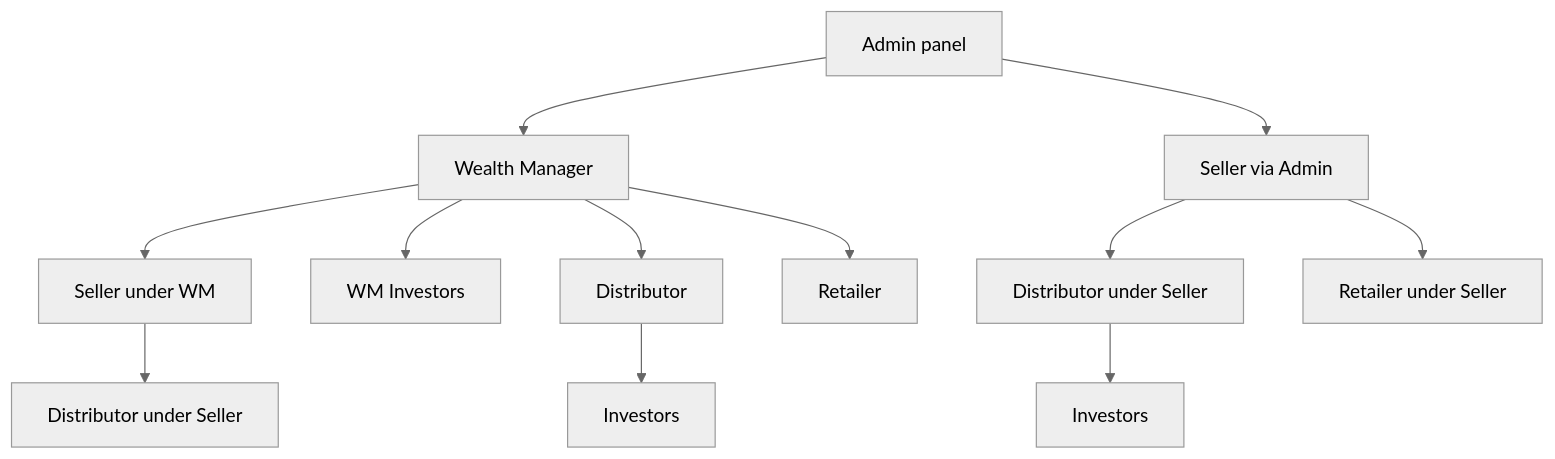
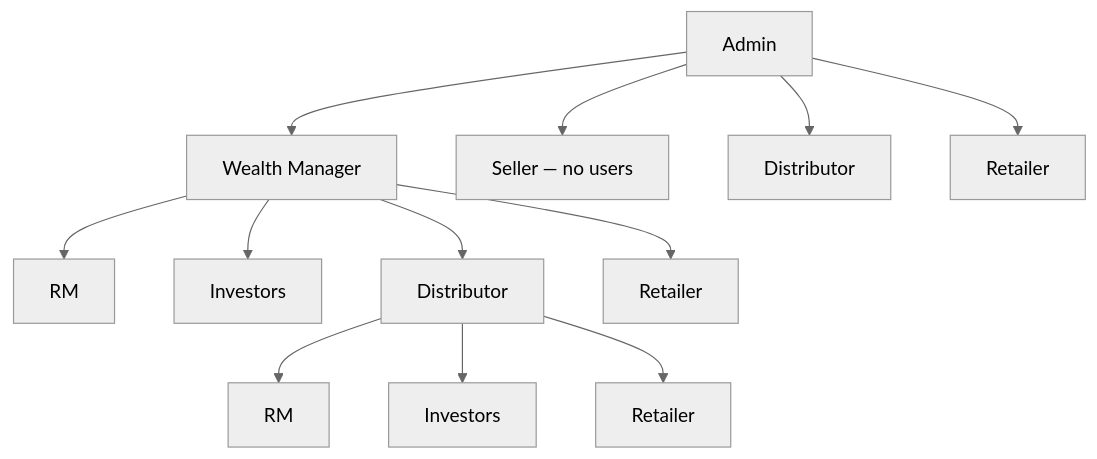
Before and after one commit to kavadevelopers/PrivateDealsBackend: the diagram in docs/new-system/actors/README.md, drawn with Mermaid (neutral theme). The commit also changed other lines of this file and 9 other files, not shown here.

````diff
--- a/docs/new-system/actors/README.md
+++ b/docs/new-system/actors/README.md
@@ -29,14 +39,14 @@
 ```mermaid
 flowchart TB
-  Admin[Admin panel] --> WM[Wealth Manager]
-  Admin --> SellerA[Seller via Admin]
-  WM --> SellerW[Seller under WM]
-  WM --> WMInv[WM Investors]
-  WM --> DistWM[Distributor]
-  WM --> RetWM[Retailer]
-  SellerA --> DistS[Distributor under Seller]
-  SellerA --> RetS[Retailer under Seller]
-  SellerW --> DistS2[Distributor under Seller]
-  DistWM --> DistInv[Investors]
-  DistS --> DistInv2[Investors]
+  Admin[Admin] --> WM[Wealth Manager]
+  Admin --> Seller[Seller — no users]
+  Admin --> DistA[Distributor]
+  Admin --> RetA[Retailer]
+  WM --> RM[RM]
+  WM --> Inv[Investors]
+  WM --> Dist[Distributor]
+  WM --> Ret[Retailer]
+  Dist --> RM2[RM]
+  Dist --> Inv2[Investors]
+  Dist --> Ret2[Retailer]
 ```
````
